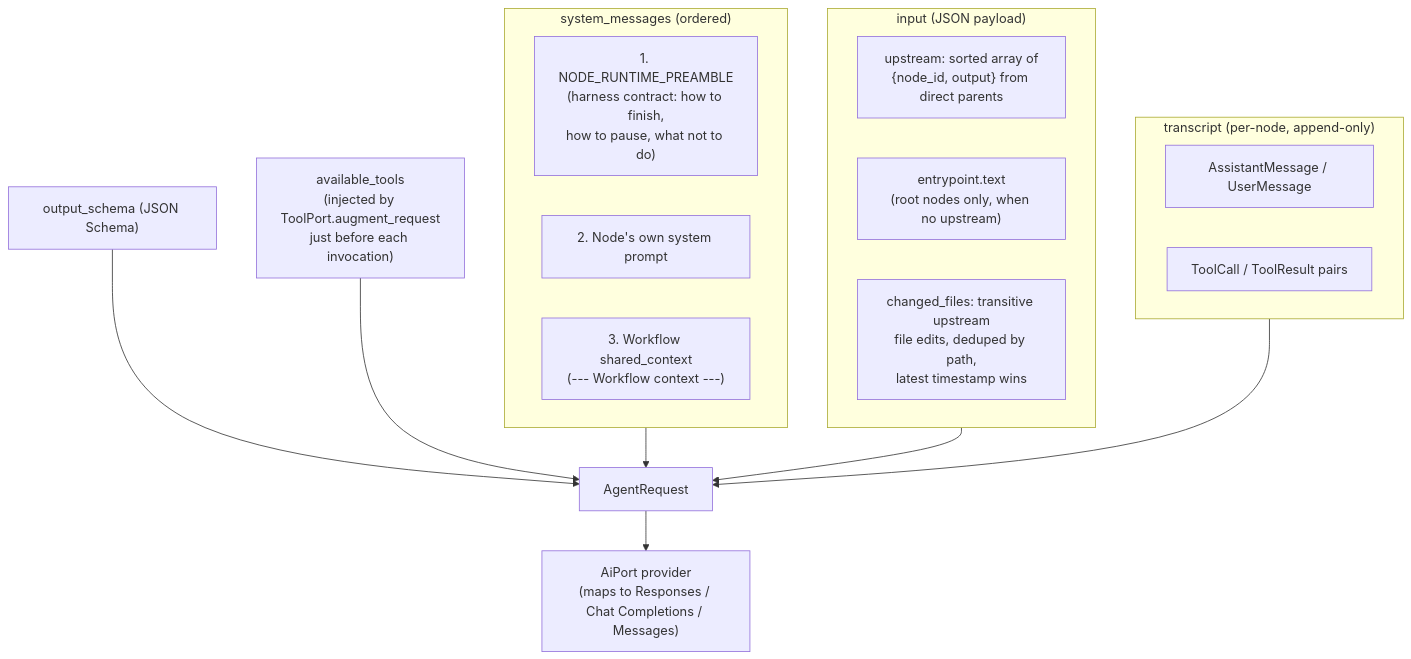
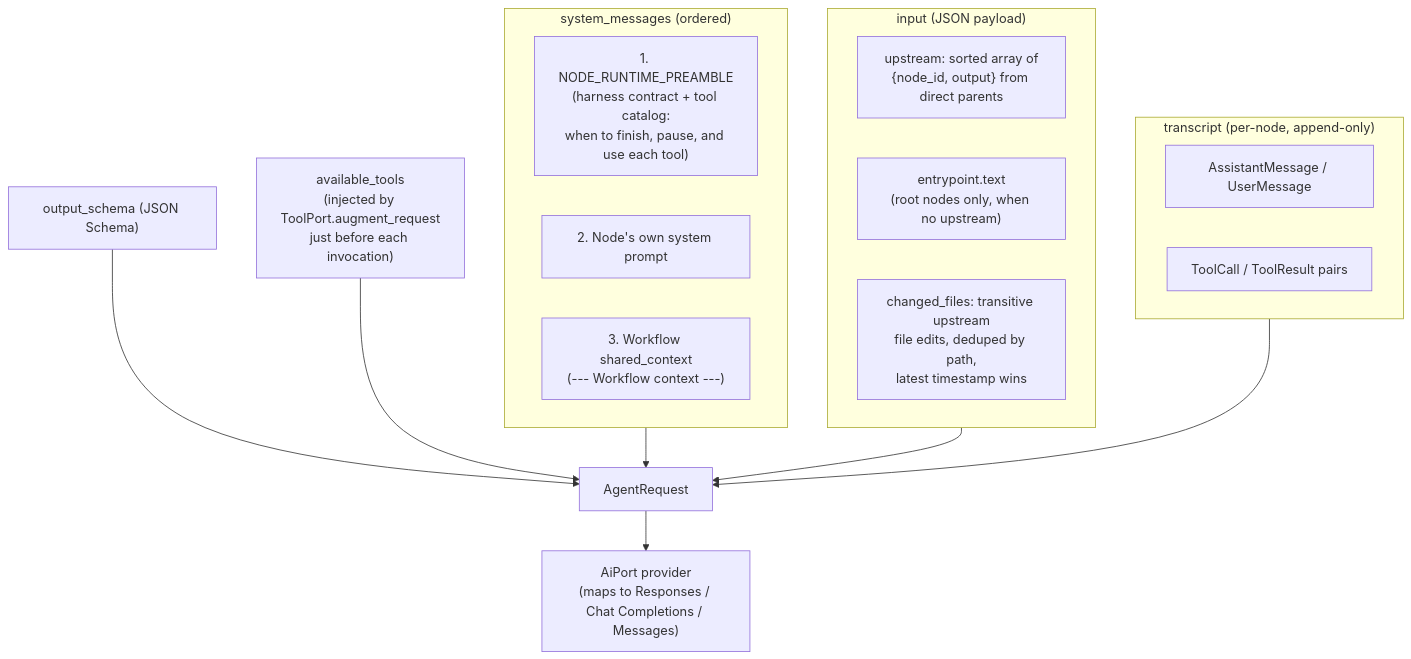
The fifth of 8 diagrams in docs/architecture/technical-overview.md (philbotar/OpenFlow), drawn with Mermaid before and after one commit. The commit also changed other lines of this file and 2 other files, not shown here.

Commit message:
chore: update UI styles for dock panel tabs and enhance changelog
- Restyled dock panel tabs to flat, cursor-like buttons with a 4px radius and no border or shadow, improving visual consistency.
- Updated hover effects for better user interaction feedback.
- Enhanced `CHANGELOG.md` to document the changes made to the dock panel tabs styling.

````diff
--- a/docs/architecture/technical-overview.md
+++ b/docs/architecture/technical-overview.md
@@ -161,29 +161,29 @@
 ```mermaid
 flowchart TD
     subgraph SystemMessages["system_messages (ordered)"]
-        P1["1. NODE_RUNTIME_PREAMBLE<br/>(harness contract: how to finish,<br/>how to pause, what not to do)"]
+        P1["1. NODE_RUNTIME_PREAMBLE<br/>(harness contract + tool catalog:<br/>when to finish, pause, and use each tool)"]
         P2["2. Node's own system prompt"]
         P3["3. Workflow shared_context<br/>(--- Workflow context ---)"]
     end
 
     subgraph Input["input (JSON payload)"]
         UP["upstream: sorted array of<br/>{node_id, output} from direct parents"]
         EP["entrypoint.text<br/>(root nodes only, when no upstream)"]
         CF["changed_files: transitive upstream<br/>file edits, deduped by path,<br/>latest timestamp wins"]
     end
 
     subgraph Transcript["transcript (per-node, append-only)"]
         T1["AssistantMessage / UserMessage"]
         T2["ToolCall / ToolResult pairs"]
     end
 
     Schema["output_schema (JSON Schema)"]
     Tools["available_tools<br/>(injected by ToolPort.augment_request<br/>just before each invocation)"]
 
     SystemMessages --> AR["AgentRequest"]
     Input --> AR
     Transcript --> AR
     Schema --> AR
     Tools --> AR
     AR --> Provider["AiPort provider<br/>(maps to Responses / Chat Completions / Messages)"]
 ```
````
